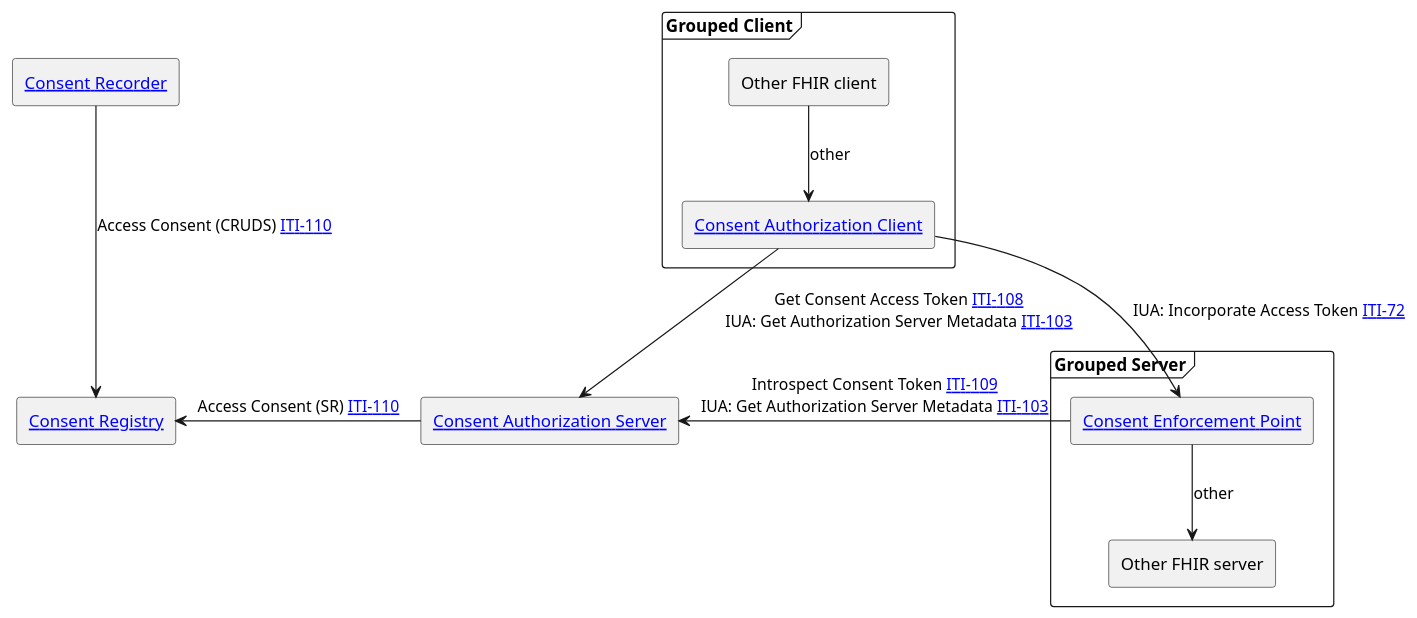
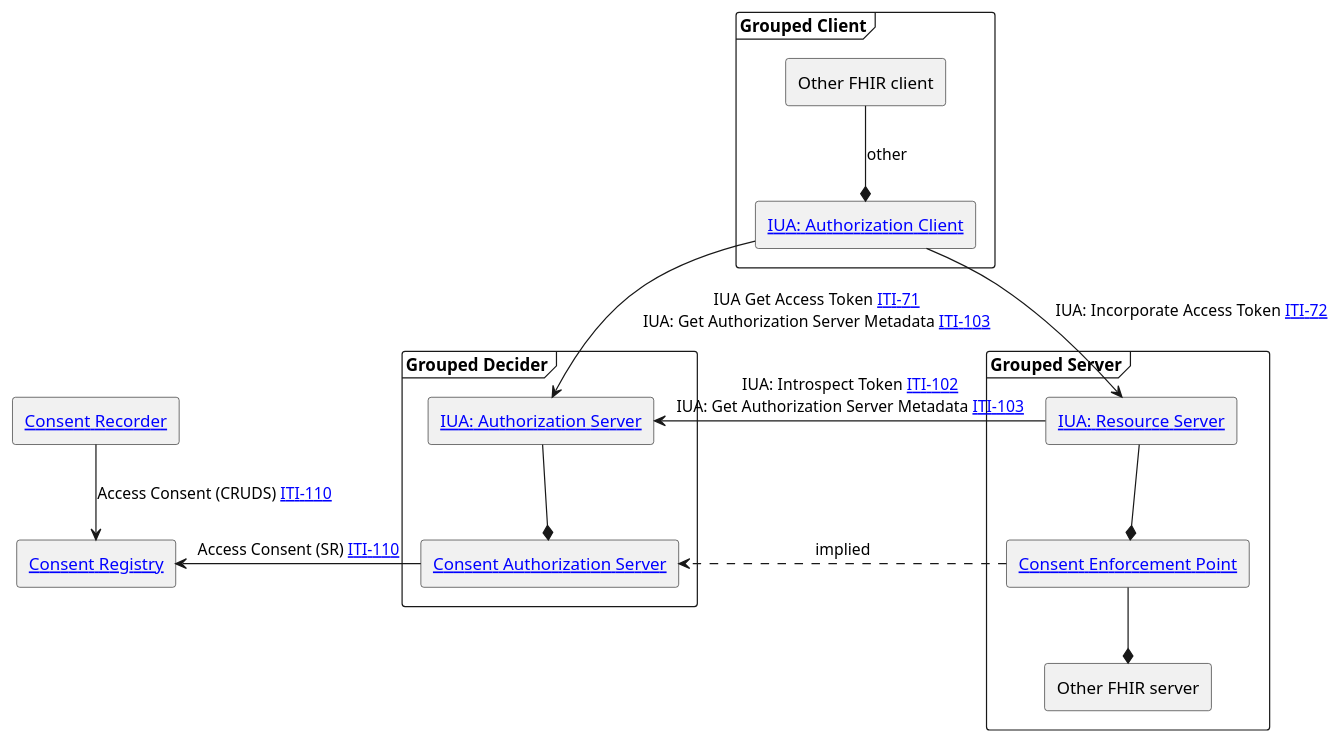
Before and after one commit to IHE/ITI.PCF: the diagram in input/images-source/ActorsAndTransactions.plantuml, drawn with PlantUML. The commit also changed 8 other files, not shown here.

```diff
--- a/input/images-source/ActorsAndTransactions.plantuml
+++ b/input/images-source/ActorsAndTransactions.plantuml
@@ -1,24 +1,41 @@
 @startuml
 skinparam svgDimensionStyle false
 agent "[[#consentRecorder Consent Recorder]]" as capture
 agent "[[#consentRegistry Consent Registry]]" as registry
-capture -down--> registry : "Access Consent (CRUDS) [[ITI-110.html ITI-110]]"
+capture -down-> registry : "Access Consent (CRUDS) [[ITI-110.html ITI-110]]"
+
+frame "Grouped Decider" {
+agent decider [
+[[https://profiles.ihe.net/ITI/IUA/index.html#34112-authorization-server IUA: Authorization Server]]
+] 
+agent cdecider [
+[[#consentAuthorizationServer Consent Authorization Server]]
+] 
+decider -down-* cdecider
+}
+cdecider -left-> registry: "Access Consent (SR) [[ITI-110.html ITI-110]]"
+
 
 frame "Grouped Client" {
 agent "Other FHIR client" as otherClient
-agent "[[#consentAuthorizationClient Consent Authorization Client]]" as client 
+agent "[[https://profiles.ihe.net/ITI/IUA/index.html#34111-authorization-client IUA: Authorization Client]]" as client 
 }
-agent "[[#consentAuthorizationServer Consent Authorization Server]]" as decider
 frame "Grouped Server" {
-agent "[[#consentEnforcementPoint Consent Enforcement Point]]" as enforcer
+agent enforcer [
+[[https://profiles.ihe.net/ITI/IUA/index.html#34113-resource-server IUA: Resource Server]]
+]
+agent cenforcer [
+[[#consentEnforcementPoint Consent Enforcement Point]]
+]
 agent "Other FHIR server" as otherServer
+enforcer -down-* cenforcer
+cenforcer -down-* otherServer
 }
 
-otherClient -down-> client: "other"
-client -down-> decider : "Get Consent Access Token [[ITI-108.html ITI-108]]\nIUA: Get Authorization Server Metadata [[https://profiles.ihe.net/ITI/IUA/index.html#3103-get-authorization-server-metadata-iti-103 ITI-103]]"
+otherClient -down-* client: "other"
+client -down-> decider : "IUA Get Access Token [[https://profiles.ihe.net/ITI/IUA/index.html#371-get-access-token-iti-71 ITI-71]]\nIUA: Get Authorization Server Metadata [[https://profiles.ihe.net/ITI/IUA/index.html#3103-get-authorization-server-metadata-iti-103 ITI-103]]"
 
-decider -left-> registry: "Access Consent (SR) [[ITI-110.html ITI-110]]"
 client -down-> enforcer : "IUA: Incorporate Access Token [[https://profiles.ihe.net/ITI/IUA/index.html#372-incorporate-access-token-iti-72 ITI-72]]"
-decider <-right- enforcer : "Introspect Consent Token [[ITI-109.html ITI-109]]\nIUA: Get Authorization Server Metadata [[https://profiles.ihe.net/ITI/IUA/index.html#3103-get-authorization-server-metadata-iti-103 ITI-103]]"
-enforcer -down-> otherServer : "other"
+decider <-right- enforcer : "IUA: Introspect Token [[https://profiles.ihe.net/ITI/IUA/index.html#3102-introspect-token-iti-102 ITI-102]]\nIUA: Get Authorization Server Metadata [[https://profiles.ihe.net/ITI/IUA/index.html#3103-get-authorization-server-metadata-iti-103 ITI-103]]"
+cdecider <.left. cenforcer : implied
 @enduml
```
